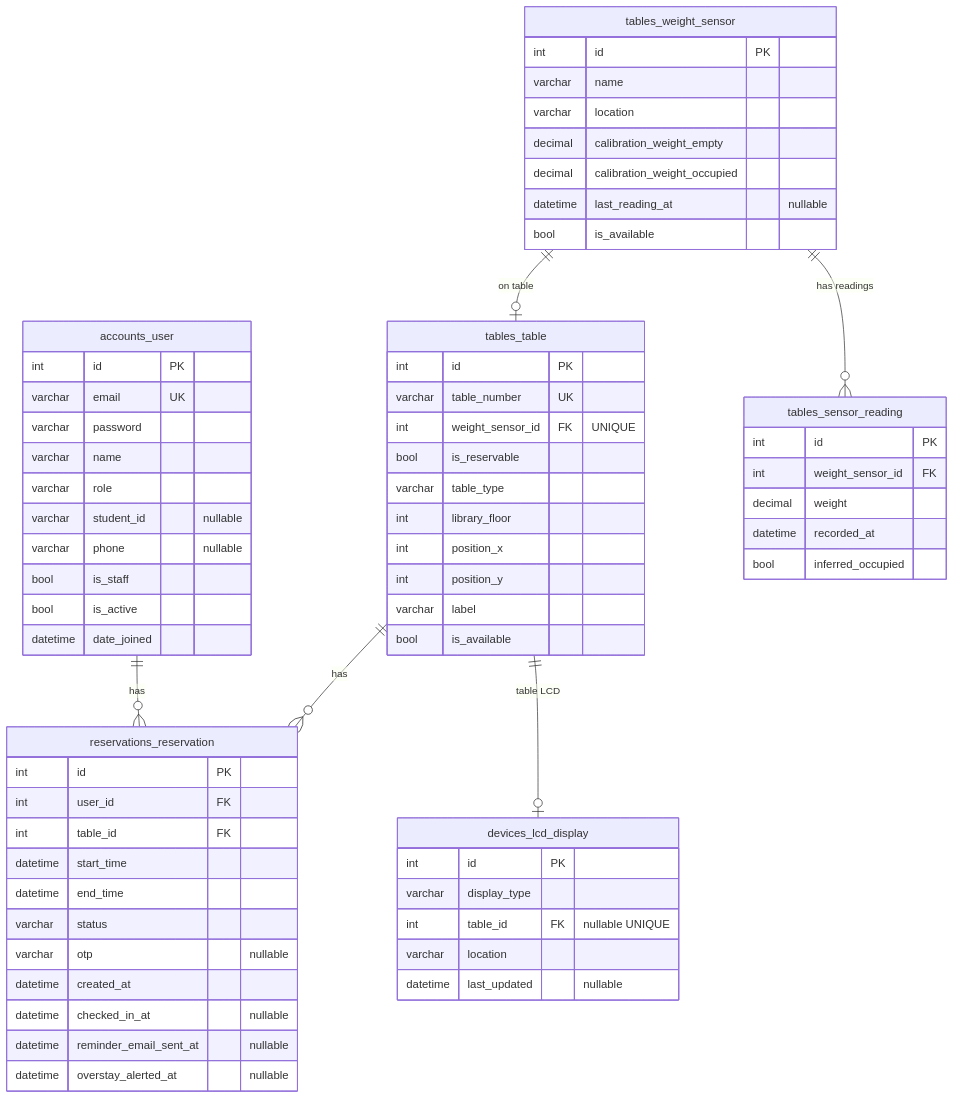
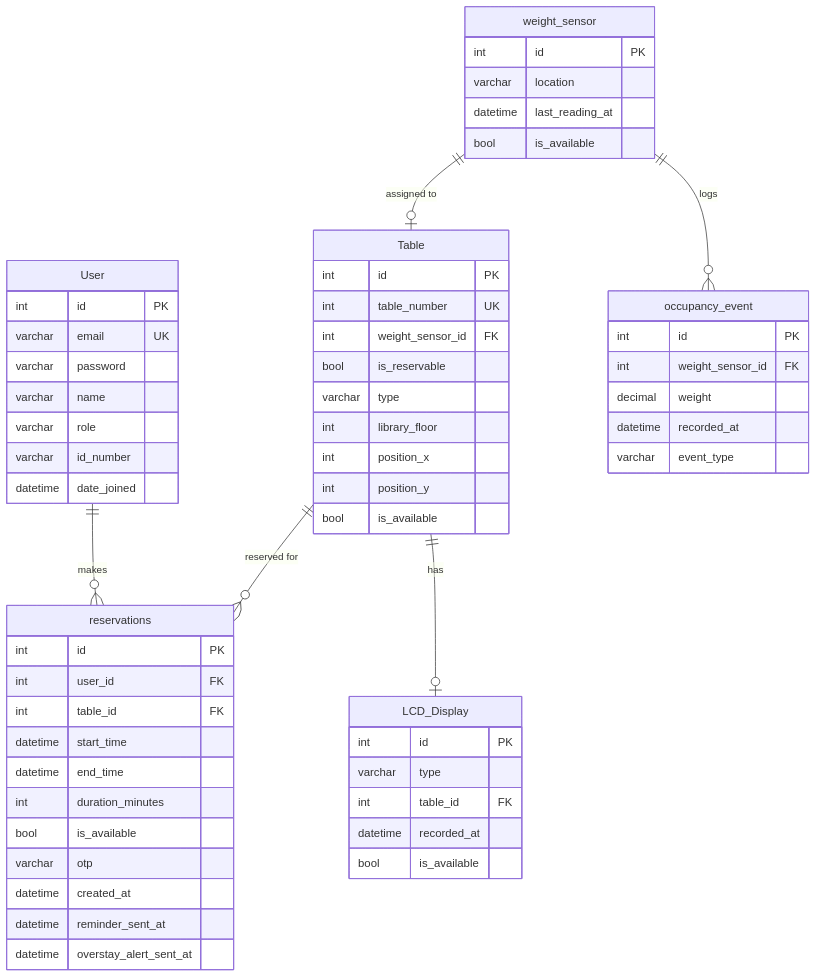
One commit to LinThitHtwe/Capstone_backend changed the first of 2 diagrams in docs/ERD.md. Above: the diagram before and after it, drawn with Mermaid. The commit also changed other lines of this file and 7 other files, not shown here.

Commit message:
[add] implement user authentication and reservation models with admin interface

````diff
--- a/docs/ERD.md
+++ b/docs/ERD.md
@@ -9,74 +11,68 @@
 ```mermaid
+%%{init: {"er": {"curve": "linear"}} }%%
 erDiagram
-    accounts_user ||--o{ reservations_reservation : "has"
-    tables_table ||--o{ reservations_reservation : "has"
-    tables_table ||--o| devices_lcd_display : "table LCD"
-    tables_weight_sensor ||--o| tables_table : "on table"
-    tables_weight_sensor ||--o{ tables_sensor_reading : "has readings"
+    User ||--o{ reservations : "makes"
+    Table ||--o{ reservations : "reserved for"
+    Table ||--o| LCD_Display : "has"
+    weight_sensor ||--o| Table : "assigned to"
+    weight_sensor ||--o{ occupancy_event : "logs"
 
-    accounts_user {
+    User {
         int id PK
         varchar email UK
         varchar password
         varchar name
         varchar role
-        varchar student_id "nullable"
-        varchar phone "nullable"
-        bool is_staff
-        bool is_active
+        varchar id_number
         datetime date_joined
     }
 
-    tables_weight_sensor {
+    weight_sensor {
         int id PK
-        varchar name
         varchar location
-        decimal calibration_weight_empty
-        decimal calibration_weight_occupied
-        datetime last_reading_at "nullable"
+        datetime last_reading_at
         bool is_available
     }
 
-    tables_sensor_reading {
+    Table {
+        int id PK
+        int table_number UK
+        int weight_sensor_id FK
+        bool is_reservable
+        varchar type
+        int library_floor
+        int position_x
+        int position_y
+        bool is_available
+    }
+
+    LCD_Display {
+        int id PK
+        varchar type
+        int table_id FK
+        datetime recorded_at
+        bool is_available
+    }
+
+    occupancy_event {
         int id PK
         int weight_sensor_id FK
         decimal weight
         datetime recorded_at
-        bool inferred_occupied
+        varchar event_type
     }
 
-    tables_table {
-        int id PK
-        varchar table_number UK
-        int weight_sensor_id FK "UNIQUE"
-        bool is_reservable
-        varchar table_type
-        int library_floor
-        int position_x
-        int position_y
-        varchar label
-        bool is_available
-    }
-
-    reservations_reservation {
+    reservations {
         int id PK
         int user_id FK
         int table_id FK
         datetime start_time
         datetime end_time
-        varchar status
-        varchar otp "nullable"
+        int duration_minutes
+        bool is_available
+        varchar otp
         datetime created_at
-        datetime checked_in_at "nullable"
-        datetime reminder_email_sent_at "nullable"
-        datetime overstay_alerted_at "nullable"
-    }
-
-    devices_lcd_display {
-        int id PK
-        varchar display_type
-        int table_id FK "nullable UNIQUE"
-        varchar location
-        datetime last_updated "nullable"
+        datetime reminder_sent_at
+        datetime overstay_alert_sent_at
     }
 ```
````
